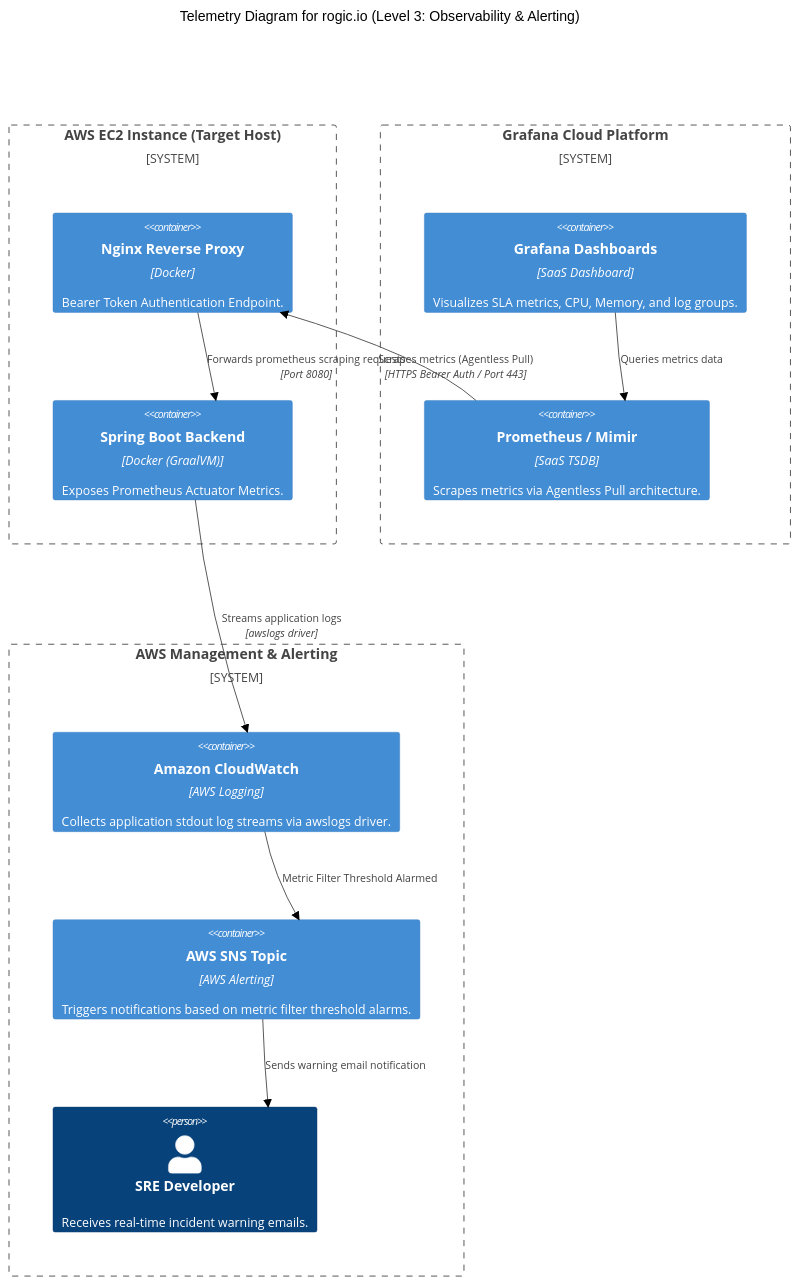
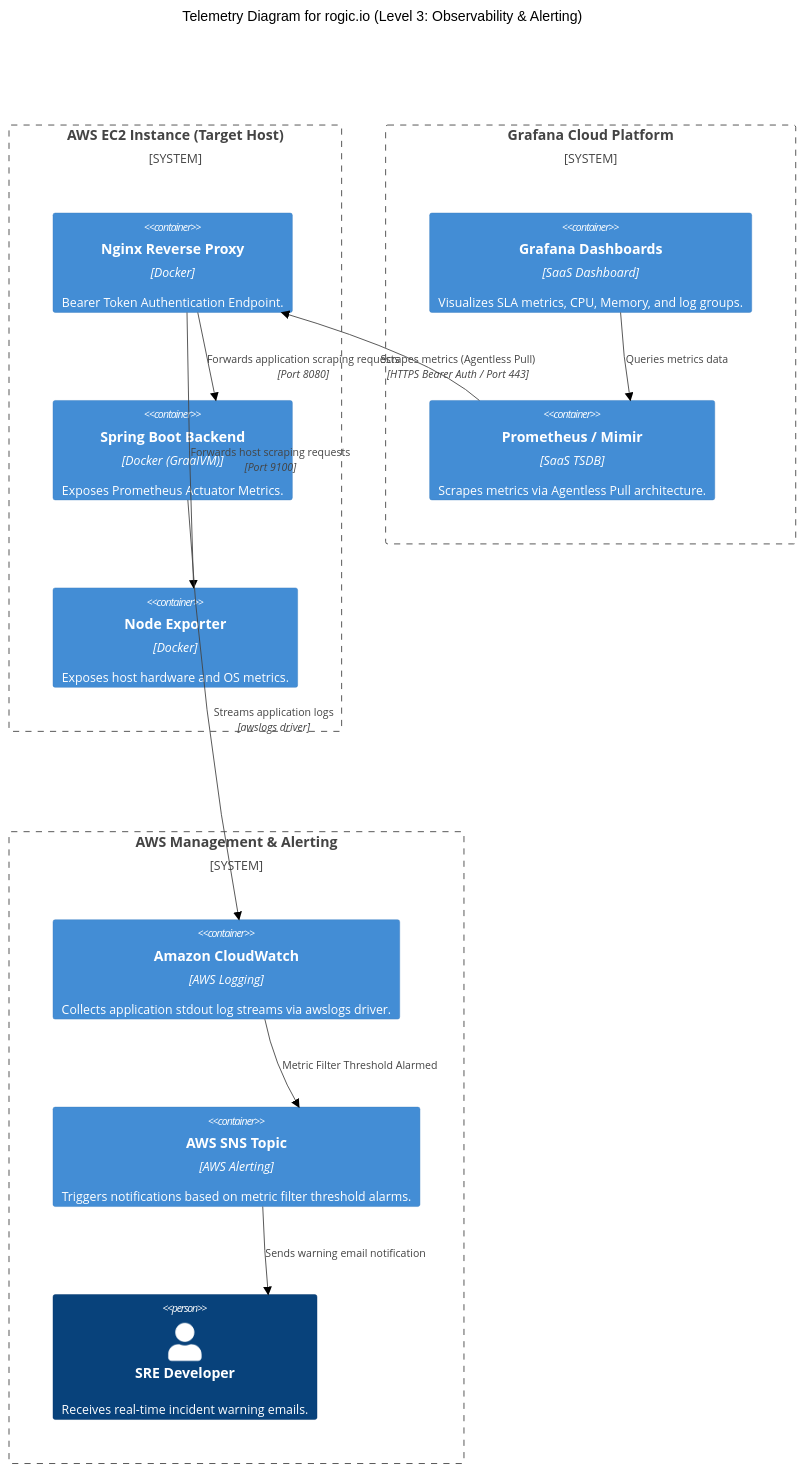
The second of 6 diagrams in README.md (Rohit-code07/rogic.io), drawn with Mermaid (forest theme) before and after one commit. The commit also changed other lines of this file, not shown here.

Commit message:
docs: include node_exporter in metrics collection description in README

````diff
--- a/README.md
+++ b/README.md
@@ -106,28 +106,30 @@
 ```mermaid
 C4Container
     title Telemetry Diagram for rogic.io (Level 3: Observability & Alerting)
 
     System_Boundary(host, "AWS EC2 Instance (Target Host)") {
         Container(nginx, "Nginx Reverse Proxy", "Docker", "Bearer Token Authentication Endpoint.")
         Container(spring, "Spring Boot Backend", "Docker (GraalVM)", "Exposes Prometheus Actuator Metrics.")
-        Rel(nginx, spring, "Forwards prometheus scraping requests", "Port 8080")
+        Container(node_exporter, "Node Exporter", "Docker", "Exposes host hardware and OS metrics.")
+        Rel(nginx, spring, "Forwards application scraping requests", "Port 8080")
+        Rel(nginx, node_exporter, "Forwards host scraping requests", "Port 9100")
     }
 
     System_Boundary(grafana_cloud, "Grafana Cloud Platform") {
         Container(grafana, "Grafana Dashboards", "SaaS Dashboard", "Visualizes SLA metrics, CPU, Memory, and log groups.")
         Container(prometheus, "Prometheus / Mimir", "SaaS TSDB", "Scrapes metrics via Agentless Pull architecture.")
         Rel(grafana, prometheus, "Queries metrics data")
     }
 
     System_Boundary(observability, "AWS Management & Alerting") {
         Container(cw, "Amazon CloudWatch", "AWS Logging", "Collects application stdout log streams via awslogs driver.")
         Container(sns, "AWS SNS Topic", "AWS Alerting", "Triggers notifications based on metric filter threshold alarms.")
         Person(sre, "SRE Developer", "Receives real-time incident warning emails.")
         
         Rel(cw, sns, "Metric Filter Threshold Alarmed")
         Rel(sns, sre, "Sends warning email notification")
     }
 
     Rel(prometheus, nginx, "Scrapes metrics (Agentless Pull)", "HTTPS Bearer Auth / Port 443")
     Rel(spring, cw, "Streams application logs", "awslogs driver")
 ```
````
